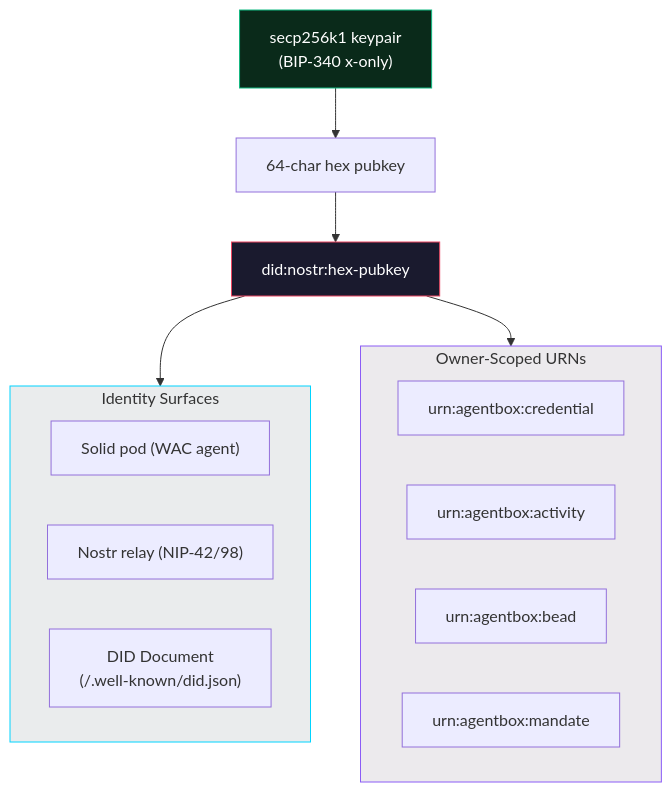
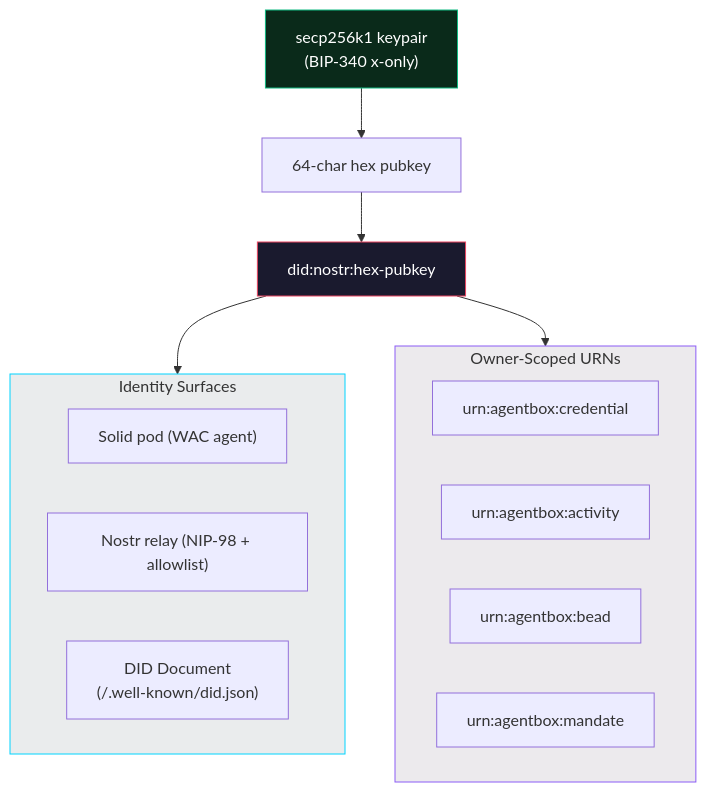
One commit to DreamLab-AI/VisionFlow changed the third of 10 diagrams in README.md. Above: the diagram before and after it, drawn with Mermaid. The commit also changed other lines of this file and 15 other files, not shown here.

````diff
--- a/README.md
+++ b/README.md
@@ -223,28 +224,28 @@
 ```mermaid
 flowchart TB
     KP["secp256k1 keypair\n(BIP-340 x-only)"]
     HEX["64-char hex pubkey"]
     DID["did:nostr:hex-pubkey"]
     KP --> HEX --> DID
 
     subgraph surfaces["Identity Surfaces"]
         POD["Solid pod (WAC agent)"]
-        RELAY["Nostr relay (NIP-42/98)"]
+        RELAY["Nostr relay (NIP-98 + allowlist)"]
         DIDDOC["DID Document\n(/.well-known/did.json)"]
     end
 
     subgraph urns["Owner-Scoped URNs"]
         CRED["urn:agentbox:credential"]
         ACTIVITY["urn:agentbox:activity"]
         BEAD["urn:agentbox:bead"]
         MANDATE["urn:agentbox:mandate"]
     end
 
     DID --> surfaces
     DID --> urns
 
     style KP fill:#0a2a1a,stroke:#10b981,color:#fff
     style DID fill:#1a1a2e,stroke:#e94560,color:#fff
     style surfaces fill:#0a1a2a15,stroke:#00d4ff
     style urns fill:#1a0a2a15,stroke:#8b5cf6
 ```
````
